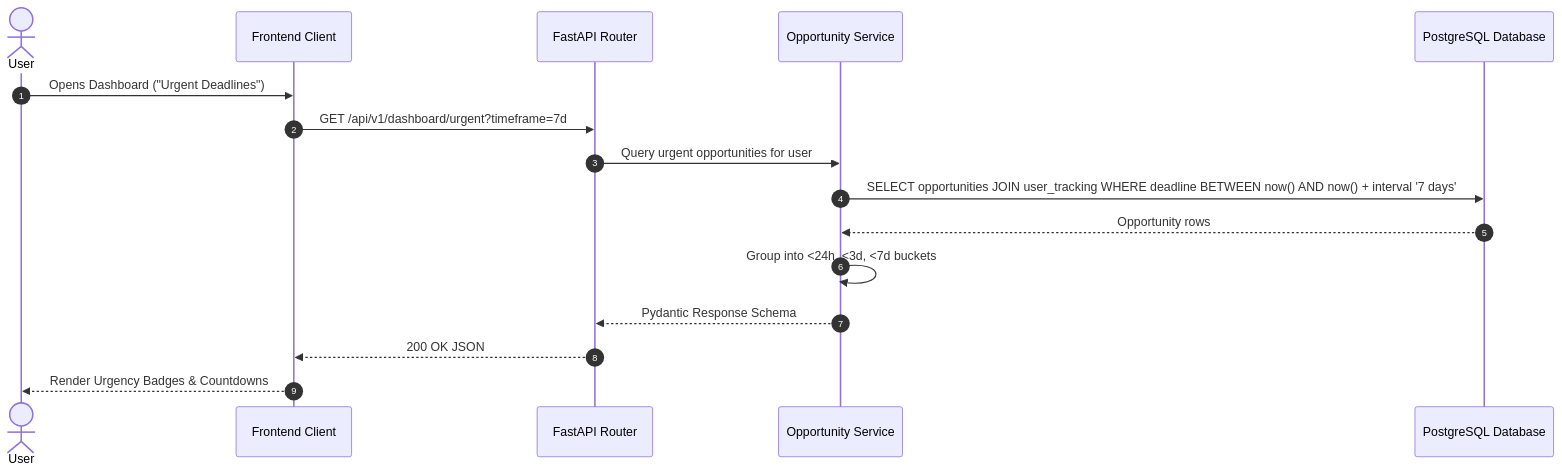
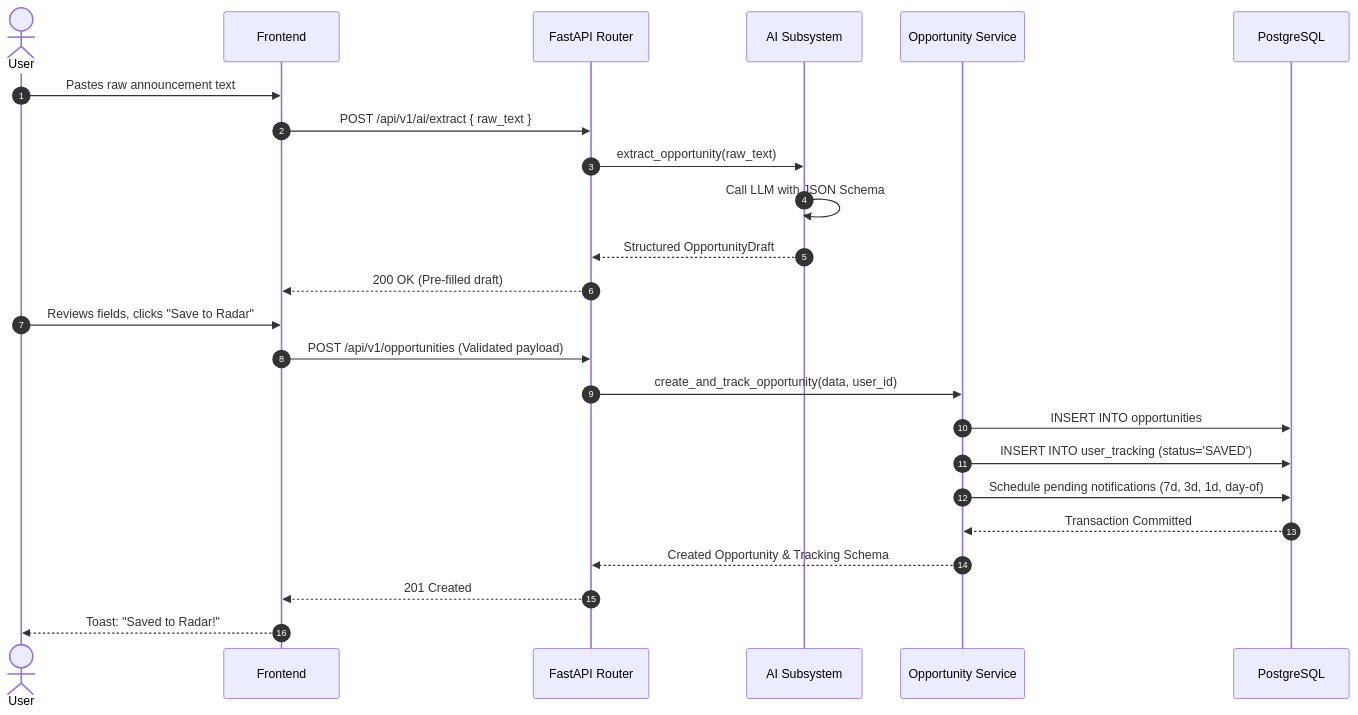
Before and after one commit to Kunal-net/deadline-radar: the sixth of 8 diagrams in docs/architecture.md, drawn with Mermaid. The commit also changed other lines of this file and 1 other file, not shown here.

Commit message:
docs: expand architecture documentation with core principles, technology stack evaluations, and system diagrams

````diff
--- a/docs/architecture.md
+++ b/docs/architecture.md
@@ -133,19 +570,27 @@
 ```mermaid
 sequenceDiagram
     autonumber
     actor User
-    participant Web as Frontend Client
+    participant Client as Frontend
     participant API as FastAPI Router
+    participant AI as AI Subsystem
     participant Svc as Opportunity Service
-    participant DB as PostgreSQL Database
+    participant DB as PostgreSQL
 
-    User->>Web: Opens Dashboard ("Urgent Deadlines")
-    Web->>API: GET /api/v1/dashboard/urgent?timeframe=7d
-    API->>Svc: Query urgent opportunities for user
-    Svc->>DB: SELECT opportunities JOIN user_tracking WHERE deadline BETWEEN now() AND now() + interval '7 days'
-    DB-->>Svc: Opportunity rows
-    Svc->>Svc: Group into <24h, <3d, <7d buckets
-    Svc-->>API: Pydantic Response Schema
-    API-->>Web: 200 OK JSON
-    Web-->>User: Render Urgency Badges & Countdowns
+    User->>Client: Pastes raw announcement text
+    Client->>API: POST /api/v1/ai/extract { raw_text }
+    API->>AI: extract_opportunity(raw_text)
+    AI->>AI: Call LLM with JSON Schema
+    AI-->>API: Structured OpportunityDraft
+    API-->>Client: 200 OK (Pre-filled draft)
+    User->>Client: Reviews fields, clicks "Save to Radar"
+    Client->>API: POST /api/v1/opportunities (Validated payload)
+    API->>Svc: create_and_track_opportunity(data, user_id)
+    Svc->>DB: INSERT INTO opportunities
+    Svc->>DB: INSERT INTO user_tracking (status='SAVED')
+    Svc->>DB: Schedule pending notifications (7d, 3d, 1d, day-of)
+    DB-->>Svc: Transaction Committed
+    Svc-->>API: Created Opportunity & Tracking Schema
+    API-->>Client: 201 Created
+    Client-->>User: Toast: "Saved to Radar!"
 ```
````
